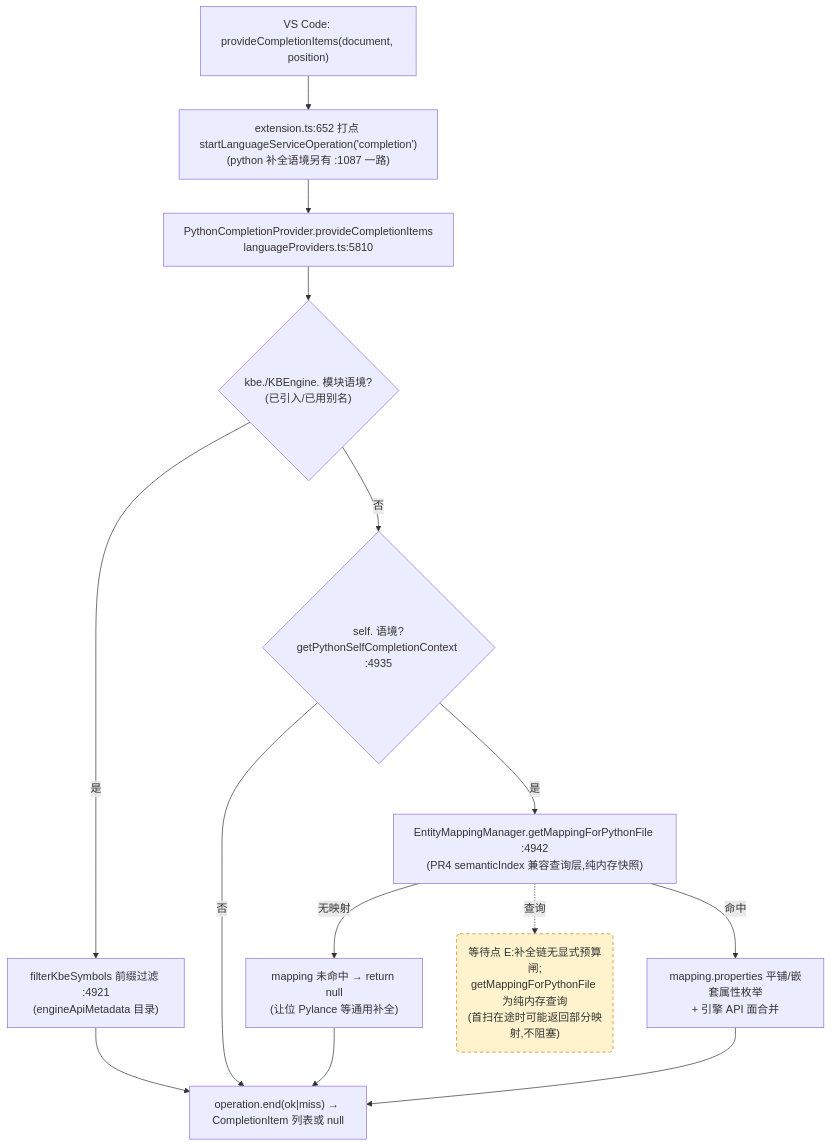
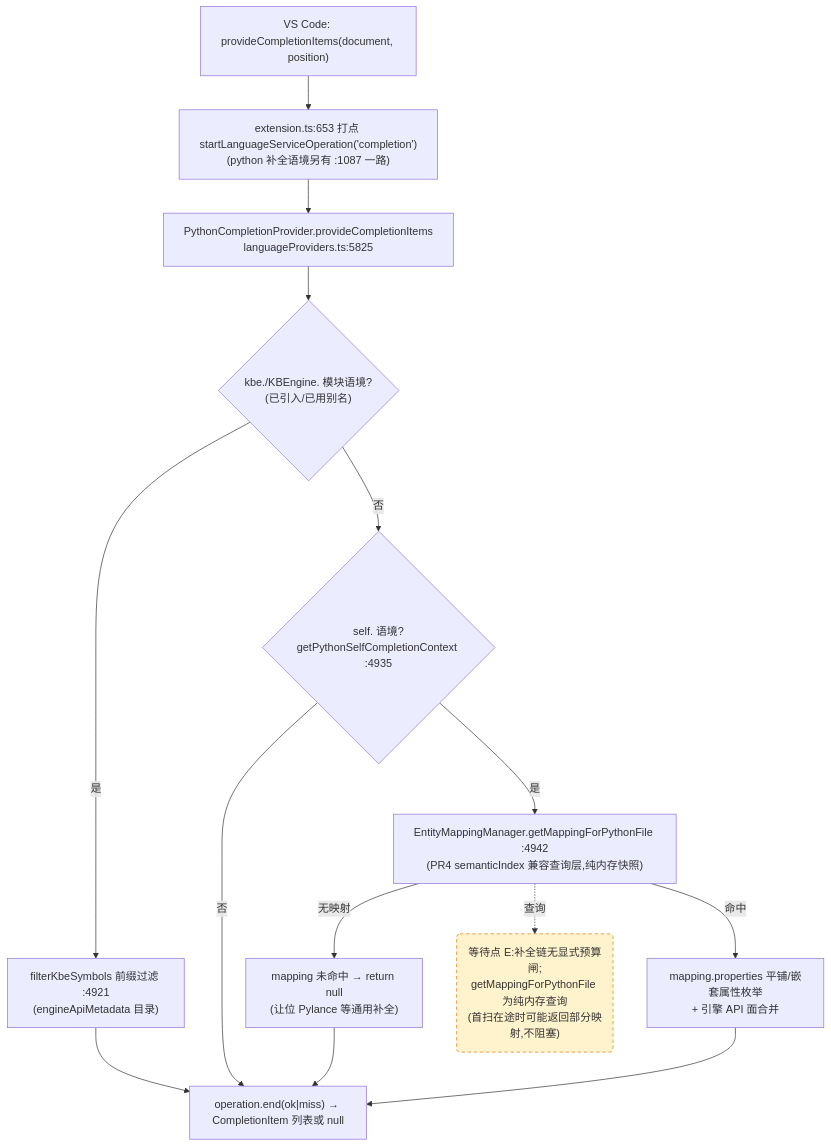
Before and after one commit to cuihairu/kode: the third of 4 diagrams in docs/perf/2026-baseline.md, drawn with Mermaid. The commit also changed other lines of this file and 14 other files, not shown here.

````diff
--- a/docs/perf/2026-baseline.md
+++ b/docs/perf/2026-baseline.md
@@ -184,27 +184,27 @@
 ```mermaid
 flowchart TD
   VC3["VS Code: provideCompletionItems(document, position)"]
-  M3["extension.ts:652 打点 startLanguageServiceOperation('completion')<br/>(python 补全语境另有 :1087 一路)"]
-  CP["PythonCompletionProvider.provideCompletionItems<br/>languageProviders.ts:5810"]
+  M3["extension.ts:653 打点 startLanguageServiceOperation('completion')<br/>(python 补全语境另有 :1087 一路)"]
+  CP["PythonCompletionProvider.provideCompletionItems<br/>languageProviders.ts:5825"]
   KBEC{"kbe./KBEngine. 模块语境?<br/>(已引入/已用别名)"}
   FILTER["filterKbeSymbols 前缀过滤 :4921<br/>(engineApiMetadata 目录)"]
   SELFC{"self. 语境?<br/>getPythonSelfCompletionContext :4935"}
   MAP["EntityMappingManager.getMappingForPythonFile :4942<br/>(PR4 semanticIndex 兼容查询层,纯内存快照)"]
   NOMAP["mapping 未命中 → return null<br/>(让位 Pylance 等通用补全)"]
   PROPS["mapping.properties 平铺/嵌套属性枚举<br/>+ 引擎 API 面合并"]
   END3["operation.end(ok|miss) → CompletionItem 列表或 null"]
 
   VC3 --> M3 --> CP --> KBEC
   KBEC -- "是" --> FILTER --> END3
   KBEC -- "否" --> SELFC
   SELFC -- "否" --> END3
   SELFC -- "是" --> MAP
   MAP -- "无映射" --> NOMAP --> END3
   MAP -- "命中" --> PROPS --> END3
 
   WAITE("等待点 E:补全链无显式预算闸;<br/>getMappingForPythonFile 为纯内存查询<br/>(首扫在途时可能返回部分映射,不阻塞)")
   MAP -.->|查询| WAITE
 
   classDef waitPoint fill:#fff3cd,stroke:#d97706,stroke-dasharray:5 4;
   class WAITE waitPoint;
 ```
````
